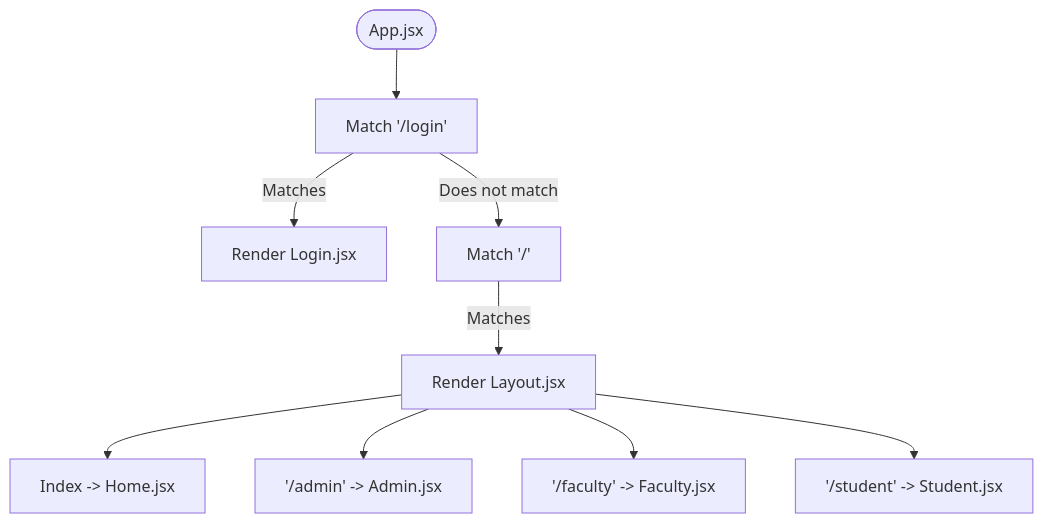
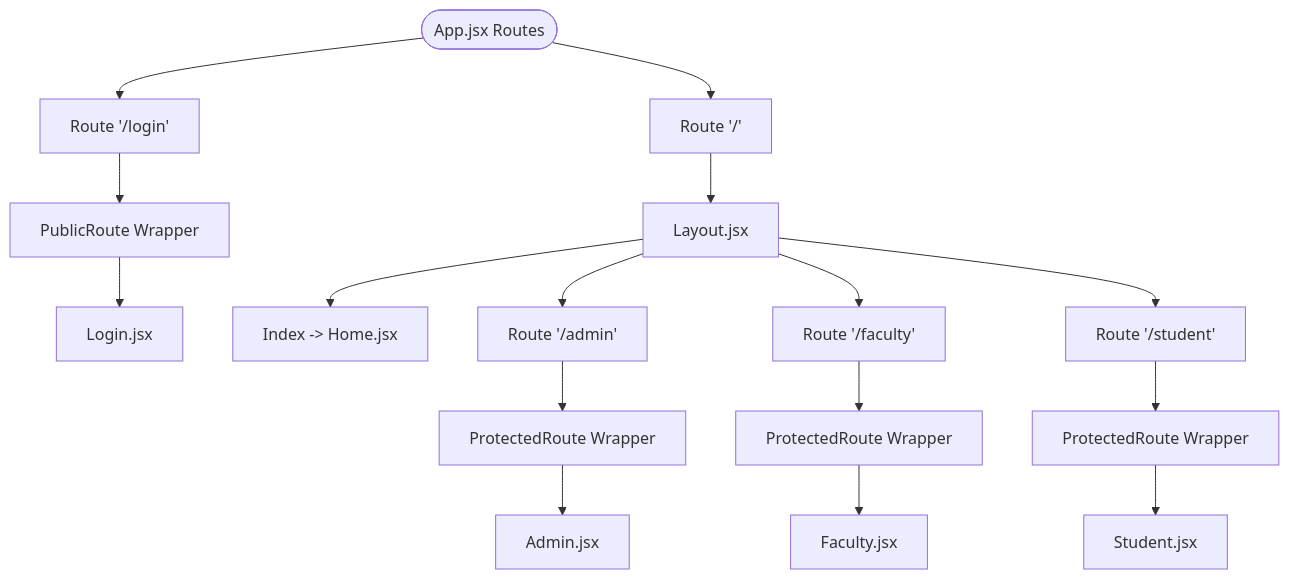
One commit to Aryan9060/Timetable-Project changed the fifth of 12 diagrams in .qoder/repowiki/en/content/Frontend Architecture/Routing System & Navigation.md. Above: the diagram before and after it, drawn with Mermaid. The commit also changed other lines of this file and 7 other files, not shown here.

````diff
--- a/.qoder/repowiki/en/content/Frontend Architecture/Routing System & Navigation.md
+++ b/.qoder/repowiki/en/content/Frontend Architecture/Routing System & Navigation.md
@@ -132,11 +245,18 @@
 ```mermaid
 flowchart TD
-Start(["App.jsx"]) --> CheckLogin["Match '/login'"]
-CheckLogin --> |Matches| LoginPage["Render Login.jsx"]
-CheckLogin --> |Does not match| CheckHome["Match '/'"]
-CheckHome --> |Matches| LayoutParent["Render Layout.jsx"]
-LayoutParent --> NestedIndex["Index -> Home.jsx"]
-LayoutParent --> NestedAdmin["'/admin' -> Admin.jsx"]
-LayoutParent --> NestedFaculty["'/faculty' -> Faculty.jsx"]
-LayoutParent --> NestedStudent["'/student' -> Student.jsx"]
+Start(["App.jsx Routes"]) --> LoginRoute["Route '/login'"]
+LoginRoute --> PublicWrapper["PublicRoute Wrapper"]
+PublicWrapper --> LoginComponent["Login.jsx"]
+Start --> HomeLayout["Route '/'"]
+HomeLayout --> LayoutComponent["Layout.jsx"]
+LayoutComponent --> HomeIndex["Index -> Home.jsx"]
+LayoutComponent --> AdminRoute["Route '/admin'"]
+AdminRoute --> ProtectedWrapper["ProtectedRoute Wrapper"]
+ProtectedWrapper --> AdminComponent["Admin.jsx"]
+LayoutComponent --> FacultyRoute["Route '/faculty'"]
+FacultyRoute --> ProtectedWrapper2["ProtectedRoute Wrapper"]
+ProtectedWrapper2 --> FacultyComponent["Faculty.jsx"]
+LayoutComponent --> StudentRoute["Route '/student'"]
+StudentRoute --> ProtectedWrapper3["ProtectedRoute Wrapper"]
+ProtectedWrapper3 --> StudentComponent["Student.jsx"]
 ```
````
